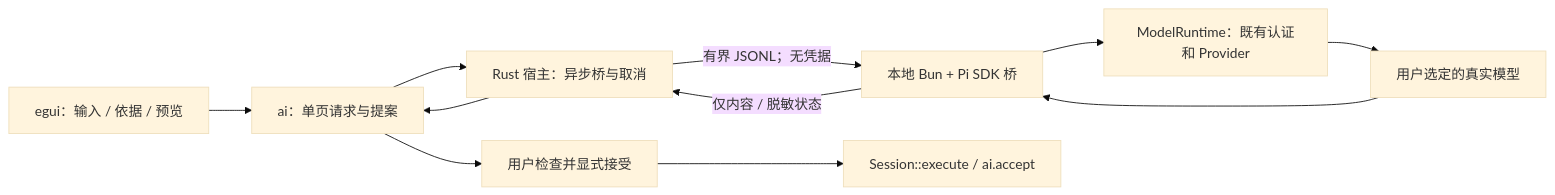
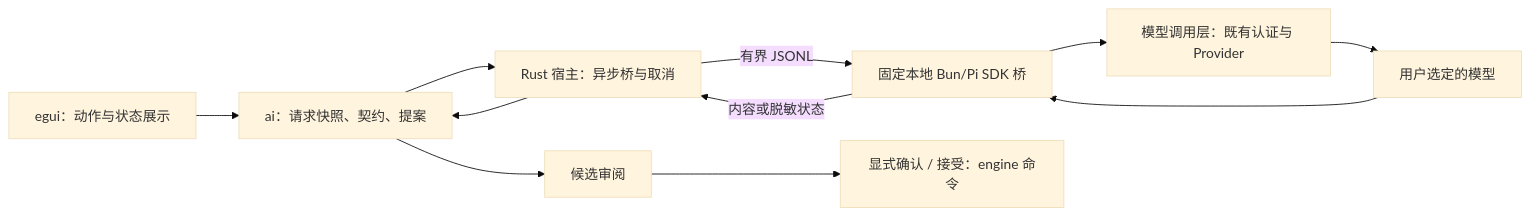
The second of 3 diagrams in docs/rfcs/ai-assistant-architecture.md (hyperlook/deckcraft), drawn with Mermaid (base theme) before and after one commit. The commit also changed other lines of this file and 2 other files, not shown here.

````diff
--- a/docs/rfcs/ai-assistant-architecture.md
+++ b/docs/rfcs/ai-assistant-architecture.md
@@ -84,13 +54,13 @@
 ```mermaid
 flowchart LR
-    UI[egui：输入 / 依据 / 预览] --> AI[ai：单页请求与提案]
+    UI[egui：动作与状态展示] --> AI[ai：请求快照、契约、提案]
     AI --> HOST[Rust 宿主：异步桥与取消]
-    HOST -->|有界 JSONL；无凭据| BRIDGE[本地 Bun + Pi SDK 桥]
-    BRIDGE --> MR[ModelRuntime：既有认证和 Provider]
-    MR --> CLOUD[用户选定的真实模型]
-    CLOUD --> BRIDGE
-    BRIDGE -->|仅内容 / 脱敏状态| HOST
+    HOST -->|有界 JSONL| BRIDGE[固定本地 Bun/Pi SDK 桥]
+    BRIDGE --> RUNTIME[模型调用层：既有认证与 Provider]
+    RUNTIME --> MODEL[用户选定的模型]
+    MODEL --> BRIDGE
+    BRIDGE -->|内容或脱敏状态| HOST
     HOST --> AI
-    AI --> REVIEW[用户检查并显式接受]
-    REVIEW --> ENGINE[Session::execute / ai.accept]
+    AI --> REVIEW[候选审阅]
+    REVIEW --> ENGINE[显式确认 / 接受：engine 命令]
 ```
````
